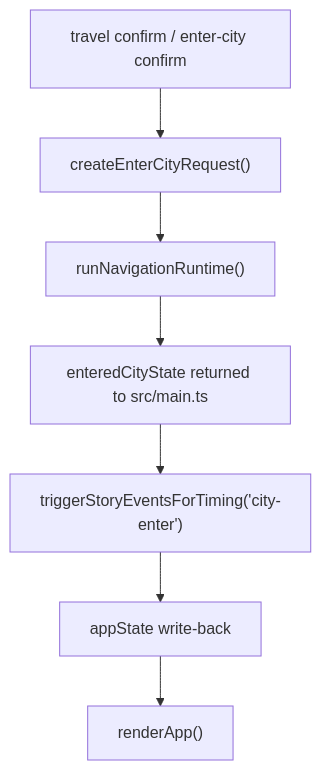
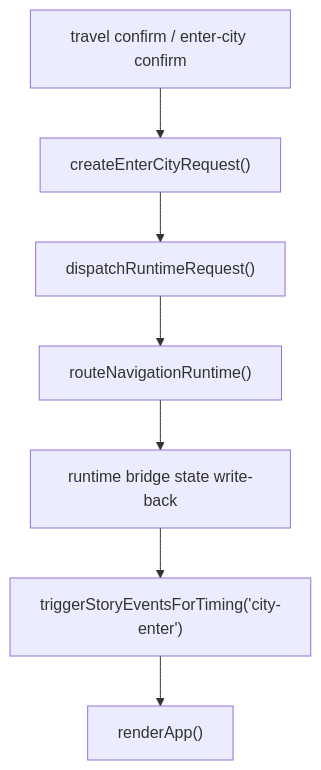
One commit to MA141277/RPG_TG changed the second of 3 diagrams in docs/superpowers/weekly/2026-07-02-weekly-architecture-report.md. Above: the diagram before and after it, drawn with Mermaid. The commit also changed other lines of this file and 13 other files, not shown here.

Commit message:
converge child 15 navigation and time runtime entry ownership

````diff
--- a/docs/superpowers/weekly/2026-07-02-weekly-architecture-report.md
+++ b/docs/superpowers/weekly/2026-07-02-weekly-architecture-report.md
@@ -77,9 +76,9 @@
 ```mermaid
 flowchart TD
     A["travel confirm / enter-city confirm"] --> B["createEnterCityRequest()"]
-    B --> C["runNavigationRuntime()"]
-    C --> D["enteredCityState returned to src/main.ts"]
-    D --> E["triggerStoryEventsForTiming('city-enter')"]
-    E --> F["appState write-back"]
+    B --> C["dispatchRuntimeRequest()"]
+    C --> D["routeNavigationRuntime()"]
+    D --> E["runtime bridge state write-back"]
+    E --> F["triggerStoryEventsForTiming('city-enter')"]
     F --> G["renderApp()"]
 ```
````
